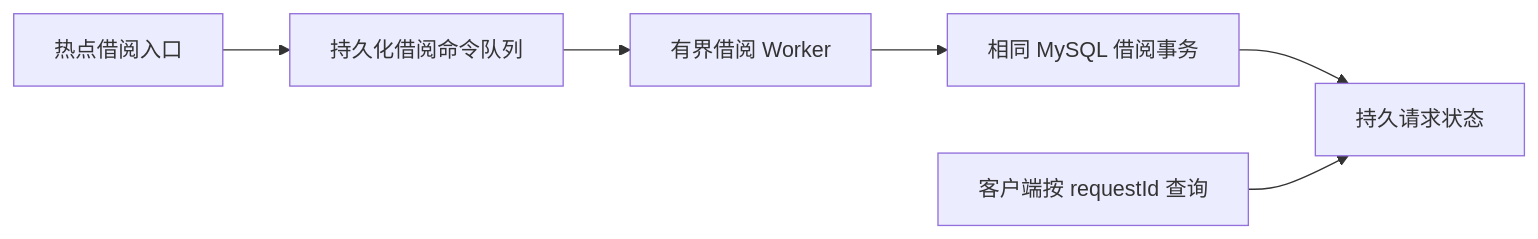
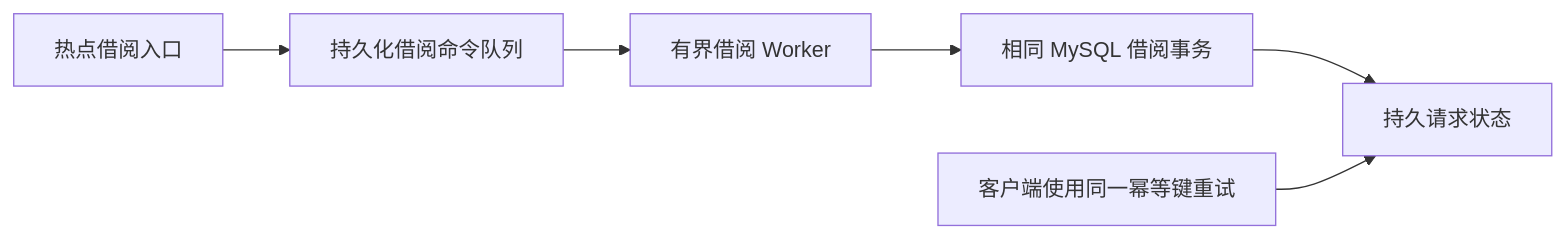
One commit to ChovyCao2025/e-library-service changed the second of 2 diagrams in docs/design/e-library-backend-design-v1.1.md. Above: the diagram before and after it, drawn with Mermaid. The commit also changed other lines of this file and 135 other files, not shown here.

Commit message:
refactor: simplify consistency and outbox architecture

````diff
--- a/docs/design/e-library-backend-design-v1.1.md
+++ b/docs/design/e-library-backend-design-v1.1.md
@@ -841,8 +806,8 @@
 ```mermaid
 flowchart LR
     A[热点借阅入口] --> Q[持久化借阅命令队列]
     Q --> W[有界借阅 Worker]
     W --> T[相同 MySQL 借阅事务]
     T --> S[持久请求状态]
-    C[客户端按 requestId 查询] --> S
+    C[客户端使用同一幂等键重试] --> S
 ```
````
